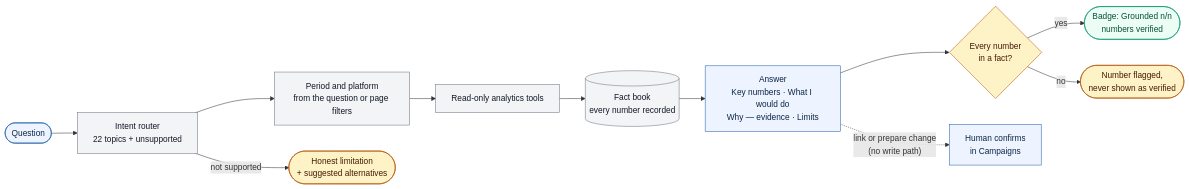
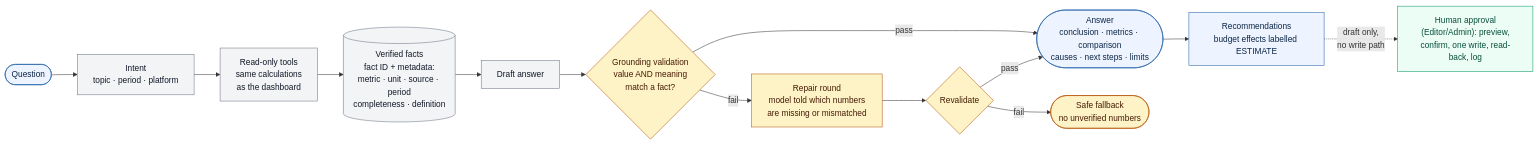
Before and after one commit to gabercmatej/Meta-Google-ads-sales-analytics-platform: the second of 3 diagrams in README.md, drawn with Mermaid. The commit also changed other lines of this file, not shown here.

Commit message:
docs(readme): AI assistant section — grounding by meaning, fact IDs and metadata, repair and fallback, approval separation; production vs demo; synthetic budget example

````diff
--- a/README.md
+++ b/README.md
@@ -140,22 +134,24 @@
 ```mermaid
 flowchart LR
-  Q(["Question"]) --> R["Intent router<br/>22 topics + unsupported"]
-  R --> P["Period and platform<br/>from the question or page filters"]
-  P --> T["Read-only analytics tools"]
-  T --> F[("Fact book<br/>every number recorded")]
-  F --> A["Answer<br/>Key numbers · What I would do<br/>Why — evidence · Limits"]
-  A --> G{"Every number<br/>in a fact?"}
-  G -- "yes" --> OK(["Badge: Grounded n/n<br/>numbers verified"])
-  G -- "no" --> X(["Number flagged,<br/>never shown as verified"])
-  R -- "not supported" --> U(["Honest limitation<br/>+ suggested alternatives"])
-  A -. "link or prepare change<br/>(no write path)" .-> H["Human confirms<br/>in Campaigns"]
+  Q(["Question"]) --> I["Intent<br/>topic · period · platform"]
+  I --> T["Read-only tools<br/>same calculations<br/>as the dashboard"]
+  T --> F[("Verified facts<br/>fact ID + metadata:<br/>metric · unit · source · period<br/>completeness · definition")]
+  F --> D["Draft answer"]
+  D --> G{"Grounding validation<br/>value AND meaning<br/>match a fact?"}
+  G -- "pass" --> A(["Answer<br/>conclusion · metrics · comparison<br/>causes · next steps · limits"])
+  G -- "fail" --> RP["Repair round<br/>model told which numbers<br/>are missing or mismatched"]
+  RP --> G2{"Revalidate"}
+  G2 -- "pass" --> A
+  G2 -- "fail" --> FB(["Safe fallback<br/>no unverified numbers"])
+  A --> RC["Recommendations<br/>budget effects labelled ESTIMATE"]
+  RC -. "draft only,<br/>no write path" .-> H["Human approval<br/>(Editor/Admin): preview,<br/>confirm, one write, read-back, log"]
 
   classDef io fill:#eef4ff,stroke:#1f5fa8,color:#0b2545
   classDef tool fill:#f3f4f6,stroke:#6b7280,color:#111827
   classDef ok fill:#ecfdf5,stroke:#059669,color:#064e3b
   classDef warn fill:#fef3c7,stroke:#b45309,color:#451a03
-  class Q,A,H io
-  class R,P,T,F tool
-  class OK ok
-  class G,X,U warn
+  class Q,A,RC io
+  class I,T,F,D tool
+  class G,G2,RP,FB warn
+  class H ok
 ```
````
